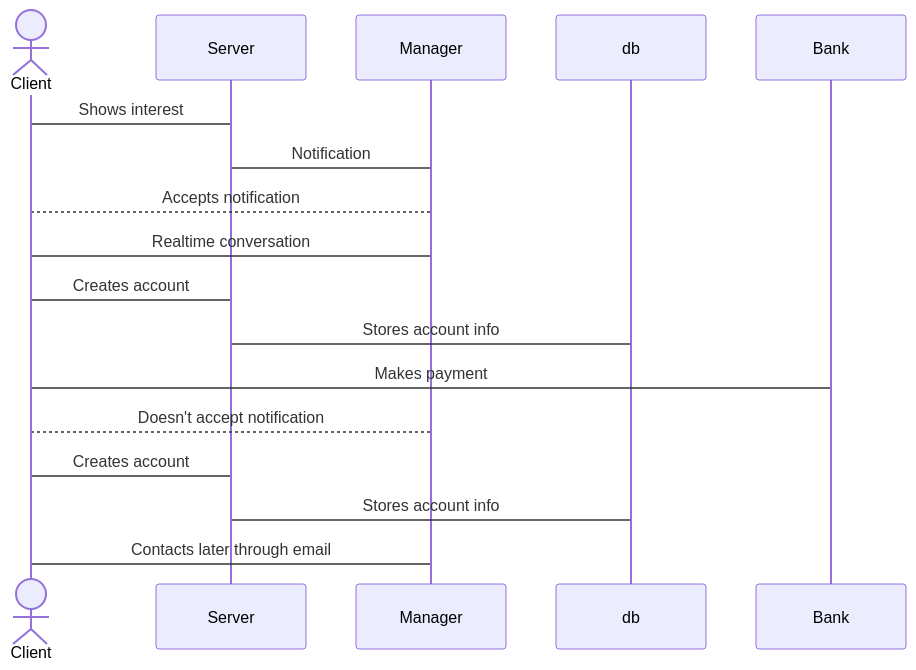
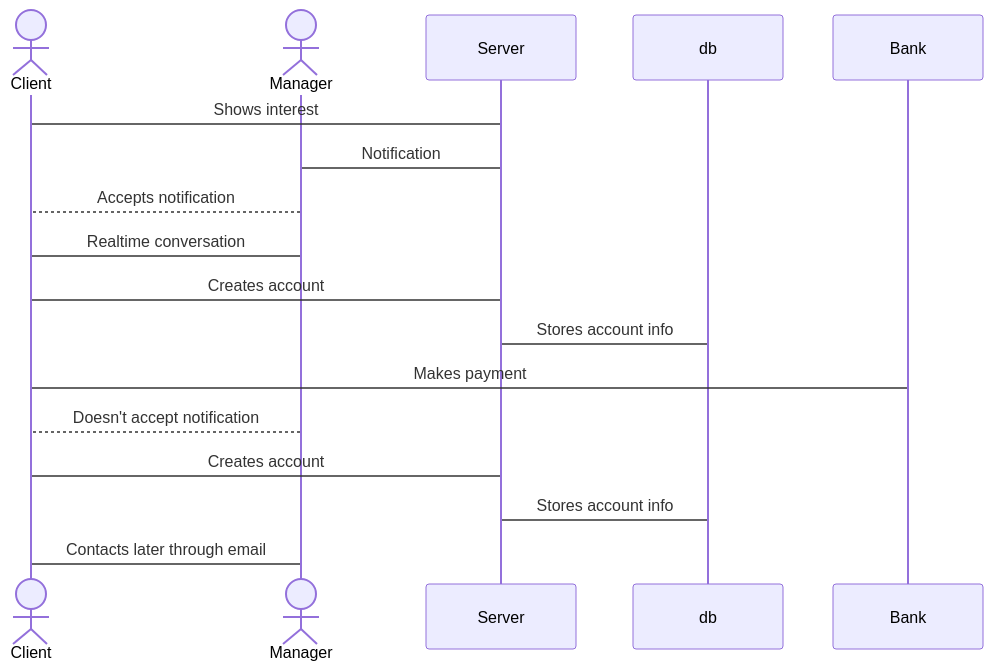
The diagram in README.md (AydenSwain/startup), drawn with Mermaid before and after one commit.

Commit message:
Add Manager actor to sequence diagram in README

````diff
--- a/README.md
+++ b/README.md
@@ -39,15 +39,17 @@
 ```mermaid
 sequenceDiagram
     actor Client
+    actor Manager
+
     Client->Server: Shows interest
     Server->Manager: Notification
     Manager-->Client: Accepts notification
     Client->Manager: Realtime conversation
     Client->Server: Creates account
     Server->db: Stores account info
     Client->Bank: Makes payment
     Manager-->Client: Doesn't accept notification
     Client->Server: Creates account
     Server->db: Stores account info
     Manager->Client: Contacts later through email
 ```
````
